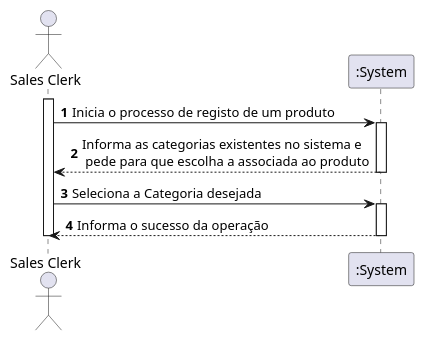
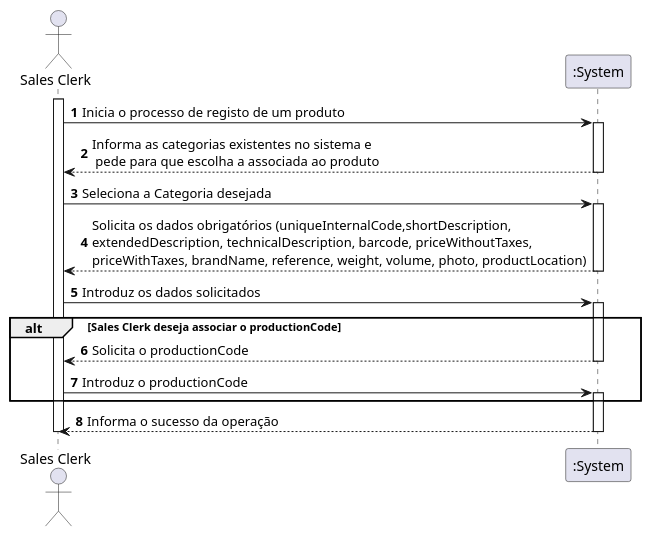
The diagram in docs/1201386/US1001/SSD_RegistarProduto.puml (0franciscor/lei21_22_s4_2de_01), drawn with PlantUML before and after one commit. The commit also changed 11 other files, not shown here.

```diff
--- a/docs/1201386/US1001/SSD_RegistarProduto.puml
+++ b/docs/1201386/US1001/SSD_RegistarProduto.puml
@@ -1,23 +1,31 @@
 @startuml
 
 autonumber
 actor "Sales Clerk" as SC
 
 activate SC
 SC -> ":System" : Inicia o processo de registo de um produto
 activate ":System"
 ":System" --> SC : Informa as categorias existentes no sistema e \n pede para que escolha a associada ao produto
 deactivate ":System"
 SC -> ":System" : Seleciona a Categoria desejada
 activate ":System"
+":System" --> SC : Solicita os dados obrigatórios (uniqueInternalCode,shortDescription,\nextendedDescription, technicalDescription, barcode, priceWithoutTaxes,\npriceWithTaxes, brandName, reference, weight, volume, photo, productLocation)
+deactivate ":System"
+SC -> ":System" : Introduz os dados solicitados
+activate ":System"
+alt Sales Clerk deseja associar o productionCode
+":System" --> SC : Solicita o productionCode
+deactivate ":System"
+SC -> ":System" : Introduz o productionCode
+activate ":System"
+end
+":System" --> SC : Informa o sucesso da operação
+deactivate ":System"
 
 
-
-
-":System" --> SC : Informa o sucesso da operação
-deactivate ":System"
 deactivate SC
 
 
 
 @enduml
```
